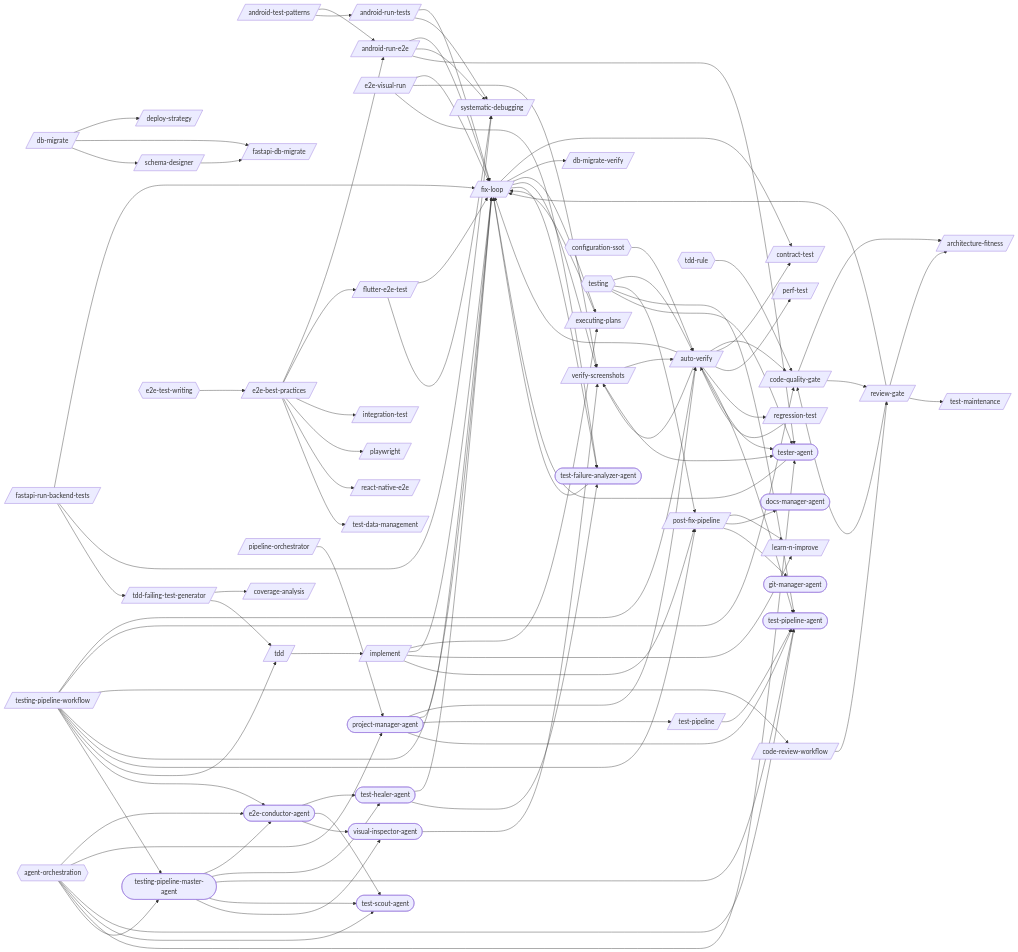
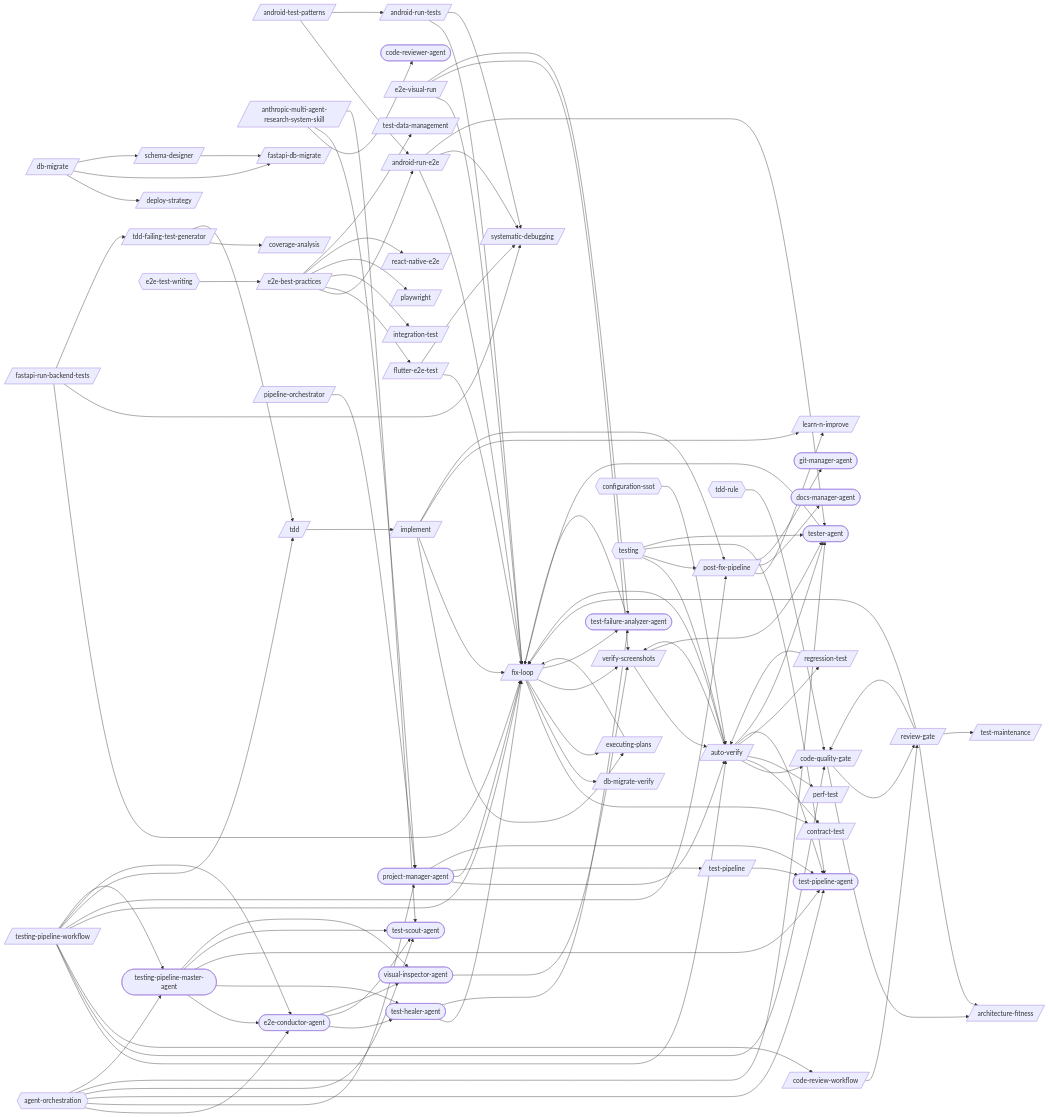
The diagram in docs/workflows/testing-pipeline.md (abhayla/claude-best-practices), drawn with Mermaid before and after one commit. The commit also changed other lines of this file and 13 other files, not shown here.

```diff
--- a/docs/workflows/testing-pipeline.md
+++ b/docs/workflows/testing-pipeline.md
@@ -11,6 +11,7 @@
     android_run_e2e[/android-run-e2e/]
     android_run_tests[/android-run-tests/]
     android_test_patterns[/android-test-patterns/]
+    anthropic_multi_agent_research_system_skill[/anthropic-multi-agent-research-system-skill/]
     architecture_fitness[/architecture-fitness/]
     auto_verify[/auto-verify/]
     code_quality_gate[/code-quality-gate/]
@@ -46,6 +47,7 @@
     test_pipeline[/test-pipeline/]
     testing_pipeline_workflow[/testing-pipeline-workflow/]
     verify_screenshots[/verify-screenshots/]
+    code_reviewer_agent([code-reviewer-agent])
     docs_manager_agent([docs-manager-agent])
     e2e_conductor_agent([e2e-conductor-agent])
     git_manager_agent([git-manager-agent])
@@ -69,6 +71,9 @@
     android_run_tests --> systematic_debugging
     android_test_patterns --> android_run_e2e
     android_test_patterns --> android_run_tests
+    anthropic_multi_agent_research_system_skill --> code_reviewer_agent
+    anthropic_multi_agent_research_system_skill --> project_manager_agent
+    anthropic_multi_agent_research_system_skill --> test_scout_agent
     auto_verify --> code_quality_gate
     auto_verify --> contract_test
     auto_verify --> fix_loop
```
